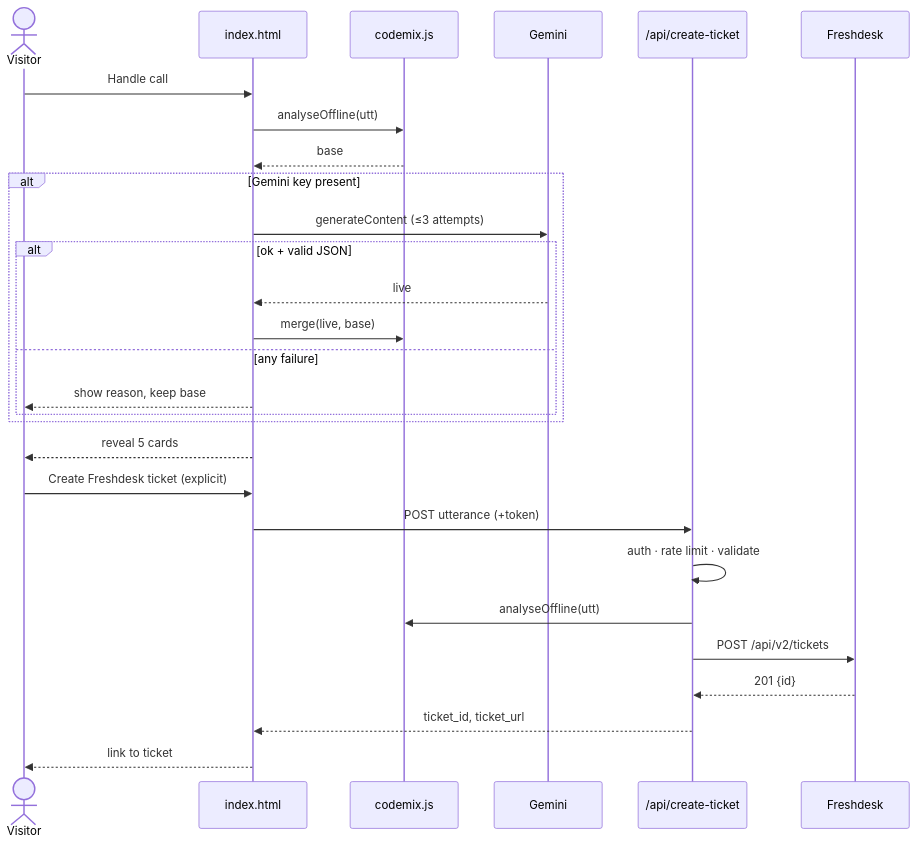
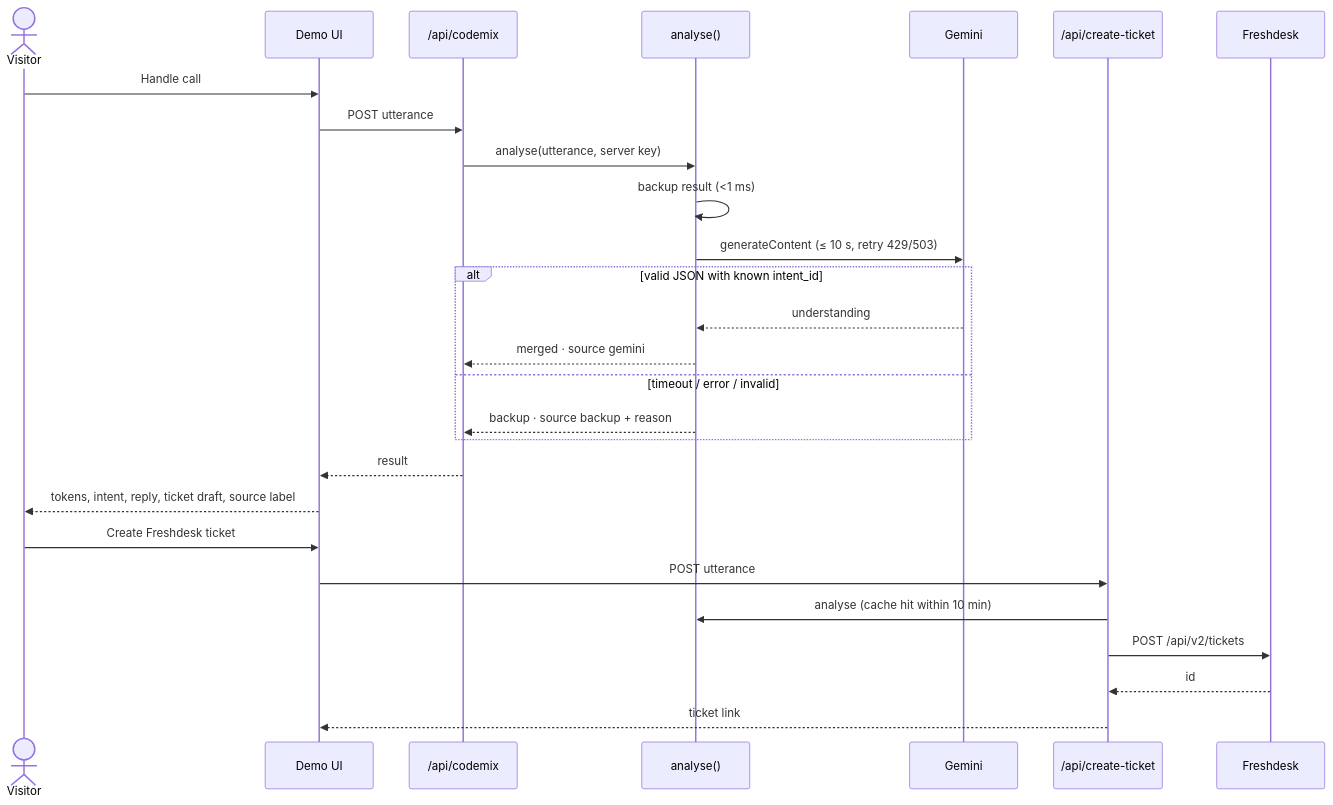
One commit to ramanathanmani/great-agent-hackathon-2026 changed the fifth of 6 diagrams in specs/000-freshvoice-system/design.md. Above: the diagram before and after it, drawn with Mermaid. The commit also changed other lines of this file and 4 other files, not shown here.

First line of the commit message:
Spec 000 v1.1: Gemini primary, server-held keys

````diff
--- a/specs/000-freshvoice-system/design.md
+++ b/specs/000-freshvoice-system/design.md
@@ -244,30 +297,29 @@
 ```mermaid
 sequenceDiagram
   actor V as Visitor
-  participant UI as index.html
-  participant E as codemix.js
+  participant UI as Demo UI
+  participant API as /api/codemix
+  participant AN as analyse()
   participant G as Gemini
-  participant API as /api/create-ticket
+  participant T as /api/create-ticket
   participant FD as Freshdesk
   V->>UI: Handle call
-  UI->>E: analyseOffline(utt)
-  E-->>UI: base
-  alt Gemini key present
-    UI->>G: generateContent (≤3 attempts)
-    alt ok + valid JSON
-      G-->>UI: live
-      UI->>E: merge(live, base)
-    else any failure
-      UI-->>V: show reason, keep base
-    end
+  UI->>API: POST utterance
+  API->>AN: analyse(utterance, server key)
+  AN->>AN: backup result (<1 ms)
+  AN->>G: generateContent (≤ 10 s, retry 429/503)
+  alt valid JSON with known intent_id
+    G-->>AN: understanding
+    AN-->>API: merged · source gemini
+  else timeout / error / invalid
+    AN-->>API: backup · source backup + reason
   end
-  UI-->>V: reveal 5 cards
-  V->>UI: Create Freshdesk ticket (explicit)
-  UI->>API: POST utterance (+token)
-  API->>API: auth · rate limit · validate
-  API->>E: analyseOffline(utt)
-  API->>FD: POST /api/v2/tickets
-  FD-->>API: 201 {id}
-  API-->>UI: ticket_id, ticket_url
-  UI-->>V: link to ticket
+  API-->>UI: result
+  UI-->>V: tokens, intent, reply, ticket draft, source label
+  V->>UI: Create Freshdesk ticket
+  UI->>T: POST utterance
+  T->>AN: analyse (cache hit within 10 min)
+  T->>FD: POST /api/v2/tickets
+  FD-->>T: id
+  T-->>UI: ticket link
 ```
````
